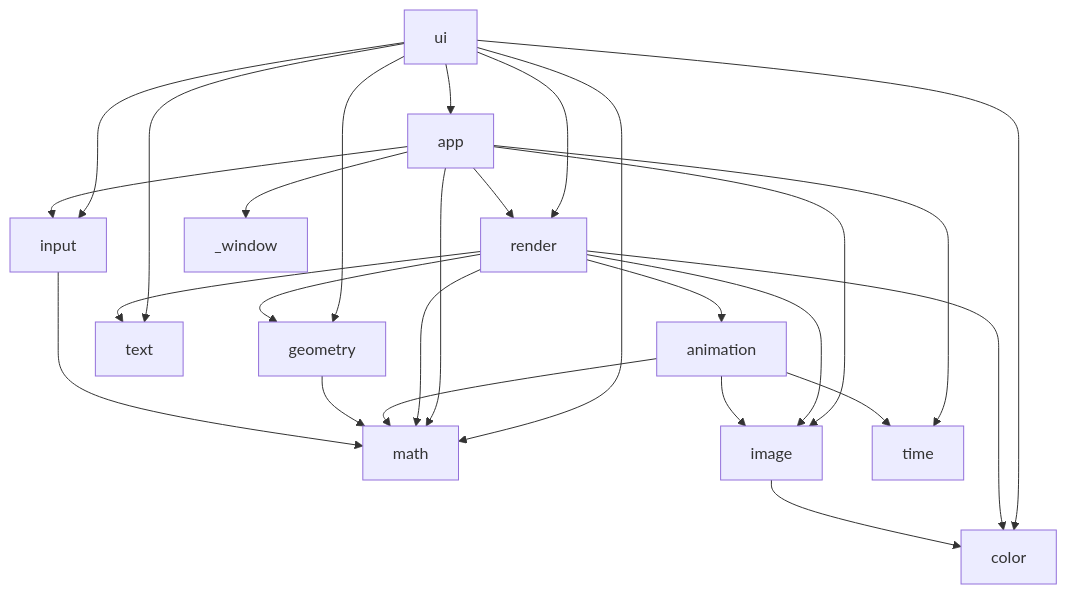
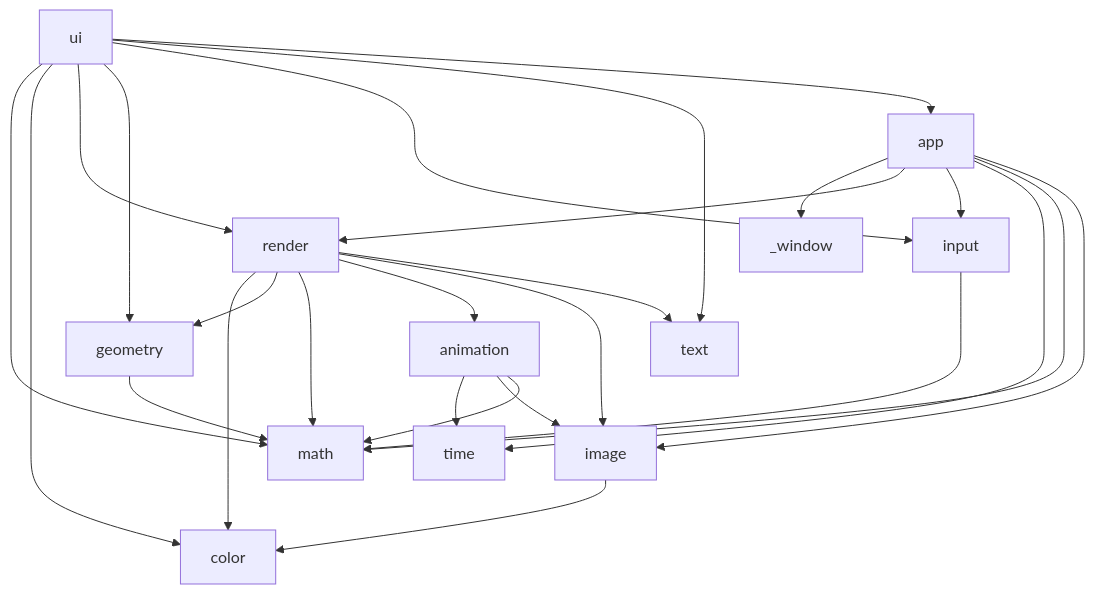
One commit to create-framework/create changed the third of 3 diagrams in ARCHITECTURE.md. Above: the diagram before and after it, drawn with Mermaid. The commit also changed other lines of this file, not shown here.

First line of the commit message:
docs: Order the import graph's edges for fewer crossings

````diff
--- a/ARCHITECTURE.md
+++ b/ARCHITECTURE.md
@@ -144,28 +144,28 @@
 ```mermaid
 flowchart TD
-    ui --> app
-    ui --> render
-    ui --> geometry
-    ui --> color
-    ui --> text
-    ui --> input
+    image --> color
     ui --> math
     app --> _window
+    render --> color
+    app --> render
+    ui --> color
+    render --> geometry
+    ui --> render
+    render --> math
+    app --> input
+    animation --> time
+    animation --> image
+    geometry --> math
+    render --> animation
+    render --> image
+    render --> text
+    ui --> geometry
+    app --> time
+    ui --> input
     app --> math
-    app --> render
+    ui --> text
     app --> image
-    app --> input
-    app --> time
-    render --> math
-    render --> text
-    render --> geometry
-    render --> color
-    render --> image
-    render --> animation
-    animation --> image
     animation --> math
-    animation --> time
-    geometry --> math
-    image --> color
     input --> math
+    ui --> app
 ```
````
